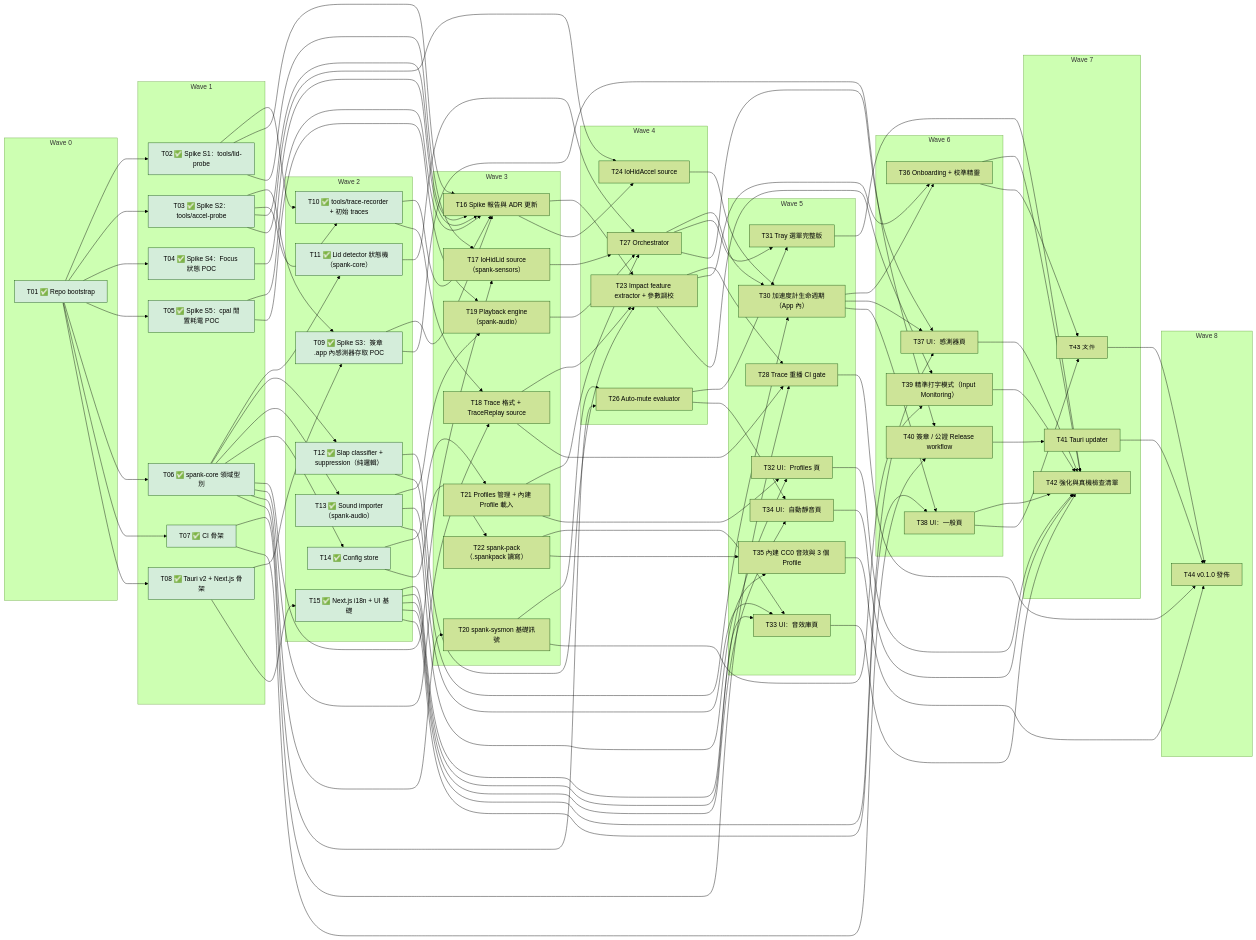
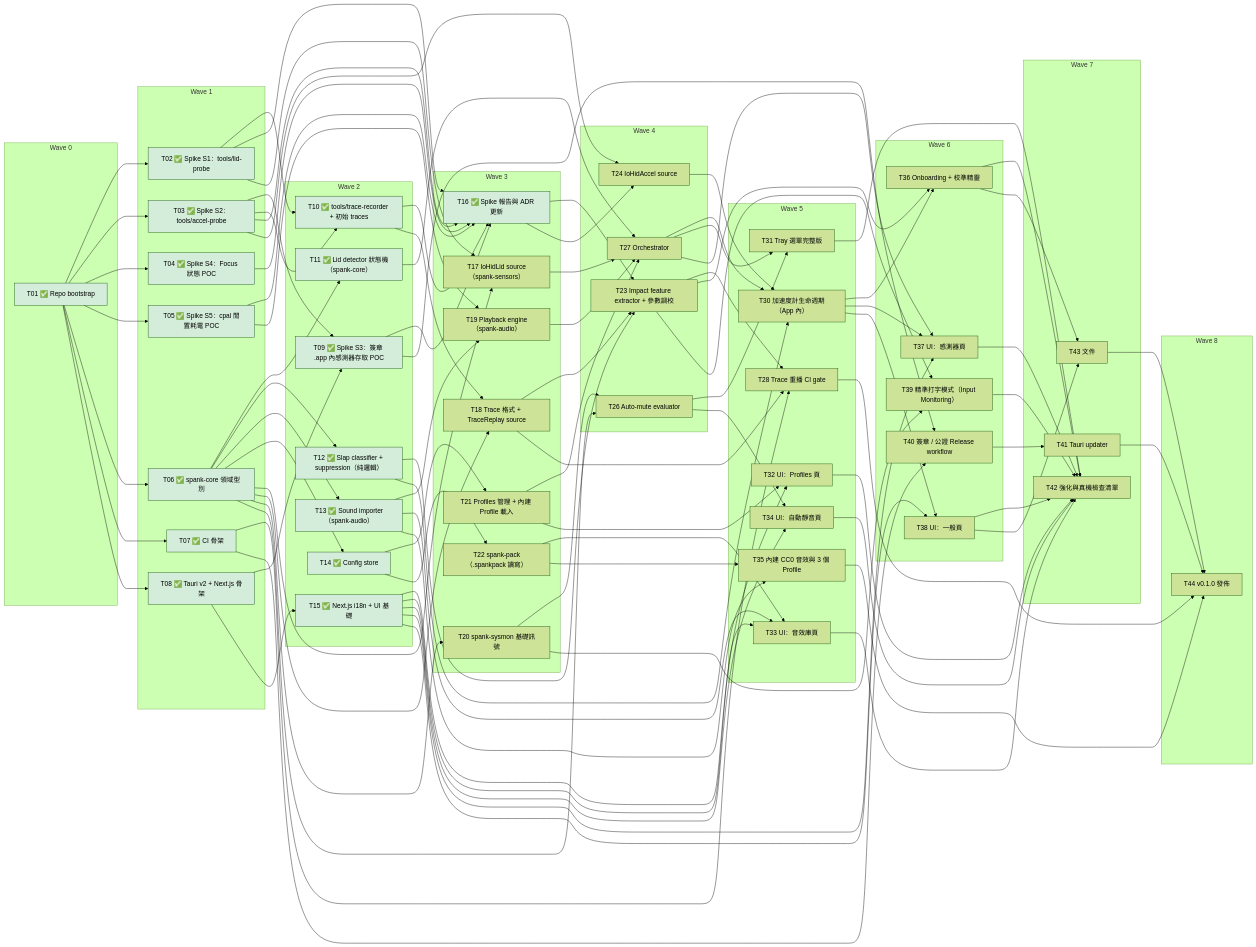
Before and after one commit to kaija/spank: the diagram in docs/tasks.md, drawn with Mermaid (forest theme). The commit also changed other lines of this file and 3 other files, not shown here.

````diff
--- a/docs/tasks.md
+++ b/docs/tasks.md
@@ -44,7 +44,7 @@
     T15["T15 ✅ Next.js i18n + UI 基礎"]
   end
   subgraph W3["Wave 3"]
-    T16["T16 Spike 報告與 ADR 更新"]
+    T16["T16 ✅ Spike 報告與 ADR 更新"]
     T17["T17 IoHidLid source（spank-sensors）"]
     T18["T18 Trace 格式 + TraceReplay source"]
     T19["T19 Playback engine（spank-audio）"]
@@ -182,4 +182,5 @@
   style T13 fill:#d4edda
   style T14 fill:#d4edda
   style T15 fill:#d4edda
+  style T16 fill:#d4edda
 ```
````
